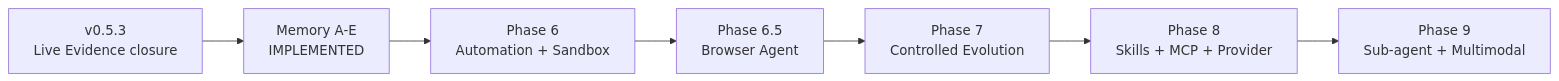
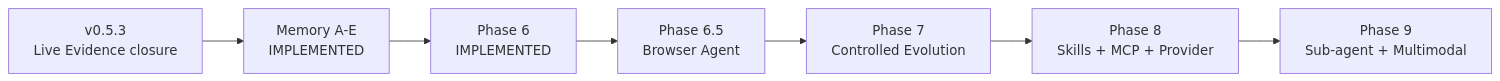
One commit to NEDONION/lobster0 changed the second of 2 diagrams in README_EN.md. Above: the diagram before and after it, drawn with Mermaid. The commit also changed other lines of this file and 15 other files, not shown here.

````diff
--- a/README_EN.md
+++ b/README_EN.md
@@ -226,9 +253,9 @@
 ```mermaid
 flowchart LR
     P53["v0.5.3\nLive Evidence closure"] --> MA["Memory A-E\nIMPLEMENTED"]
-    MA --> P6["Phase 6\nAutomation + Sandbox"]
+    MA --> P6["Phase 6\nIMPLEMENTED"]
     P6 --> P65["Phase 6.5\nBrowser Agent"]
     P65 --> P7["Phase 7\nControlled Evolution"]
     P7 --> P8["Phase 8\nSkills + MCP + Provider"]
     P8 --> P9["Phase 9\nSub-agent + Multimodal"]
 ```
````
